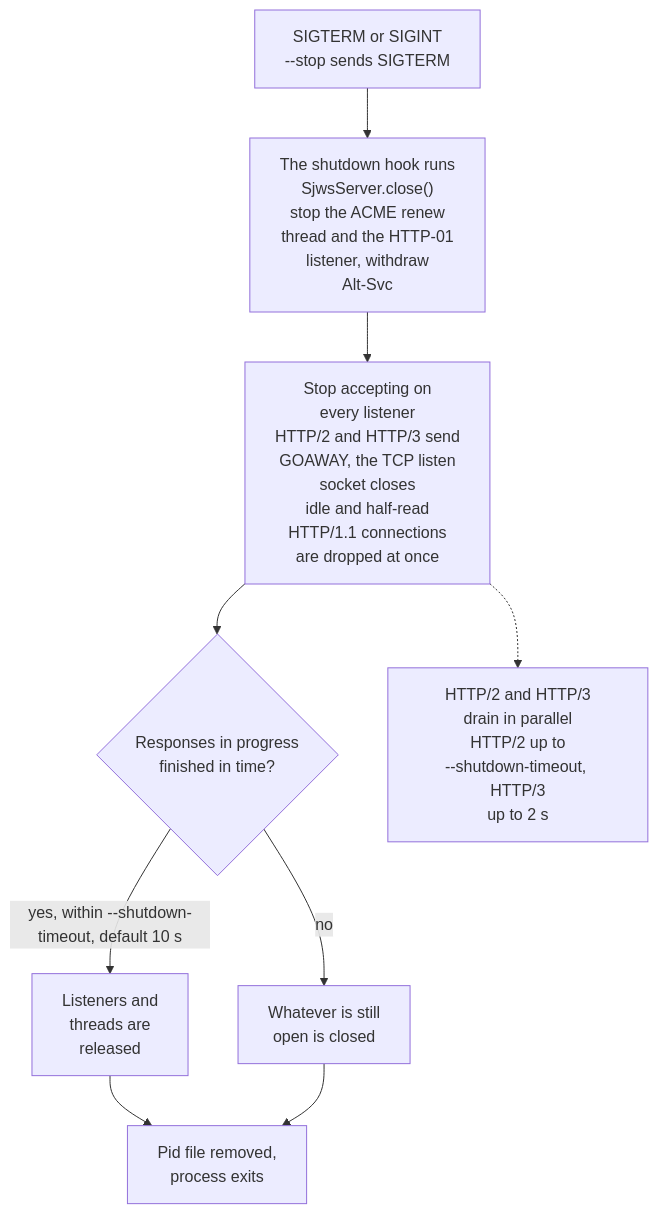
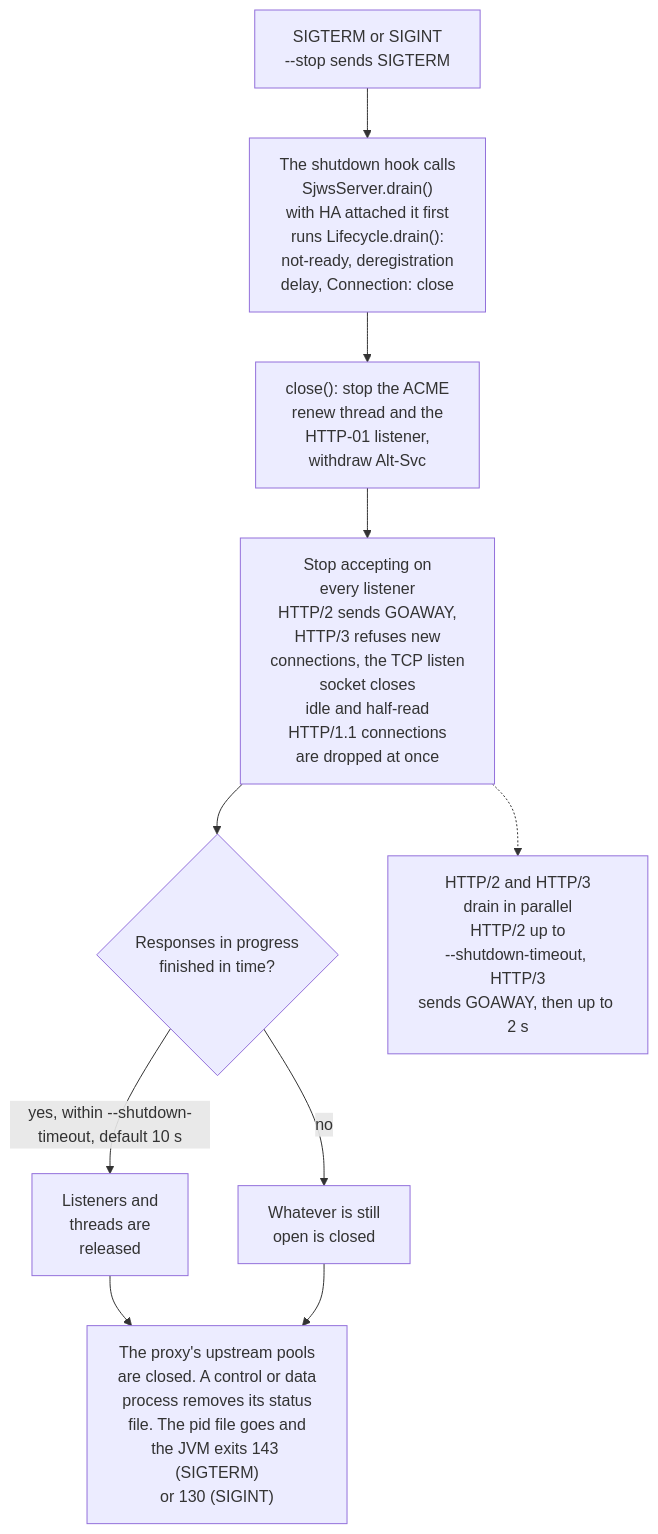
The second of 2 diagrams in docs/operations/daemon.md (BlivionIaG/sjws_nettask), drawn with Mermaid before and after one commit. The commit also changed other lines of this file and 14 other files, not shown here.

````diff
--- a/docs/operations/daemon.md
+++ b/docs/operations/daemon.md
@@ -61,11 +61,12 @@
 ```mermaid
 flowchart TD
-    sig["SIGTERM or SIGINT<br/>--stop sends SIGTERM"] --> a["The shutdown hook runs<br/>SjwsServer.close()<br/>stop the ACME renew<br/>thread and the HTTP-01<br/>listener, withdraw<br/>Alt-Svc"]
-    a --> b["Stop accepting on<br/>every listener<br/>HTTP/2 and HTTP/3 send<br/>GOAWAY, the TCP listen<br/>socket closes<br/>idle and half-read<br/>HTTP/1.1 connections<br/>are dropped at once"]
+    sig["SIGTERM or SIGINT<br/>--stop sends SIGTERM"] --> h["The shutdown hook calls<br/>SjwsServer.drain()<br/>with HA attached it first<br/>runs Lifecycle.drain():<br/>not-ready, deregistration<br/>delay, Connection: close"]
+    h --> a["close(): stop the ACME<br/>renew thread and the<br/>HTTP-01 listener,<br/>withdraw Alt-Svc"]
+    a --> b["Stop accepting on<br/>every listener<br/>HTTP/2 sends GOAWAY,<br/>HTTP/3 refuses new<br/>connections, the TCP listen<br/>socket closes<br/>idle and half-read<br/>HTTP/1.1 connections<br/>are dropped at once"]
     b --> d{"Responses in progress<br/>finished in time?"}
     d -->|"yes, within --shutdown-timeout, default 10 s"| e["Listeners and<br/>threads are<br/>released"]
     d -->|no| f["Whatever is still<br/>open is closed"]
-    e --> g["Pid file removed,<br/>process exits"]
+    e --> g["The proxy's upstream pools<br/>are closed. A control or data<br/>process removes its status<br/>file. The pid file goes and<br/>the JVM exits 143 (SIGTERM)<br/>or 130 (SIGINT)"]
     f --> g
-    b -.-> par["HTTP/2 and HTTP/3<br/>drain in parallel<br/>HTTP/2 up to<br/>--shutdown-timeout, HTTP/3<br/>up to 2 s"]
+    b -.-> par["HTTP/2 and HTTP/3<br/>drain in parallel<br/>HTTP/2 up to<br/>--shutdown-timeout, HTTP/3<br/>sends GOAWAY, then up to 2 s"]
 ```
````
